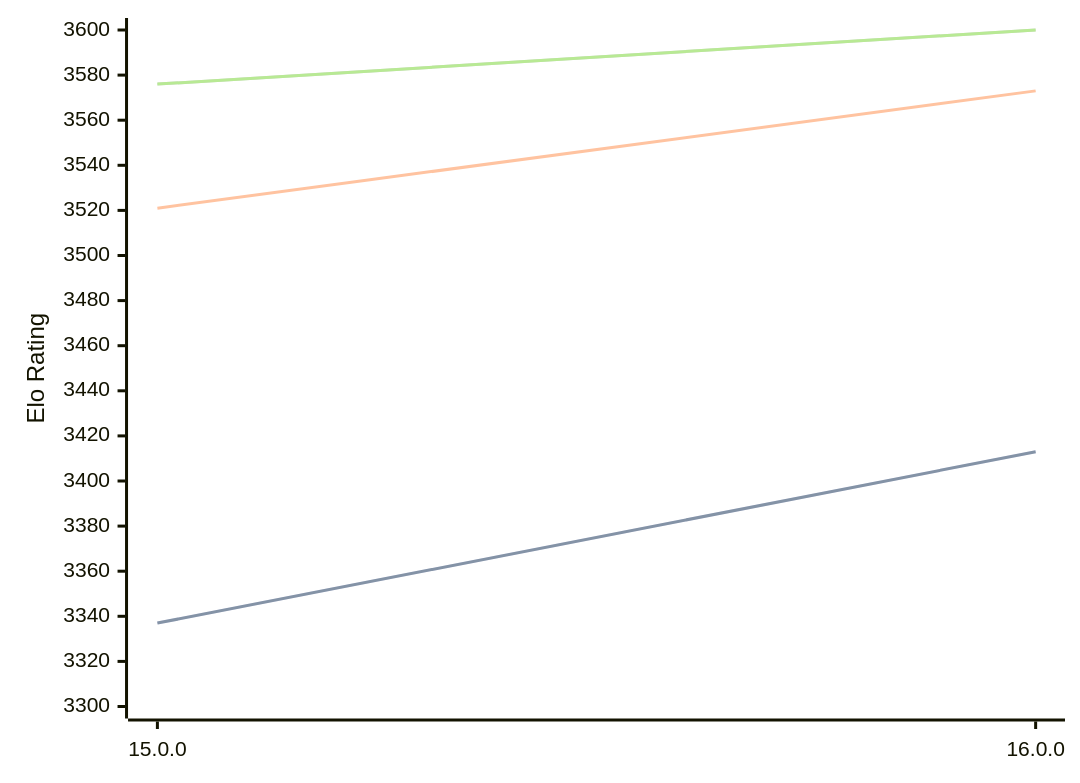
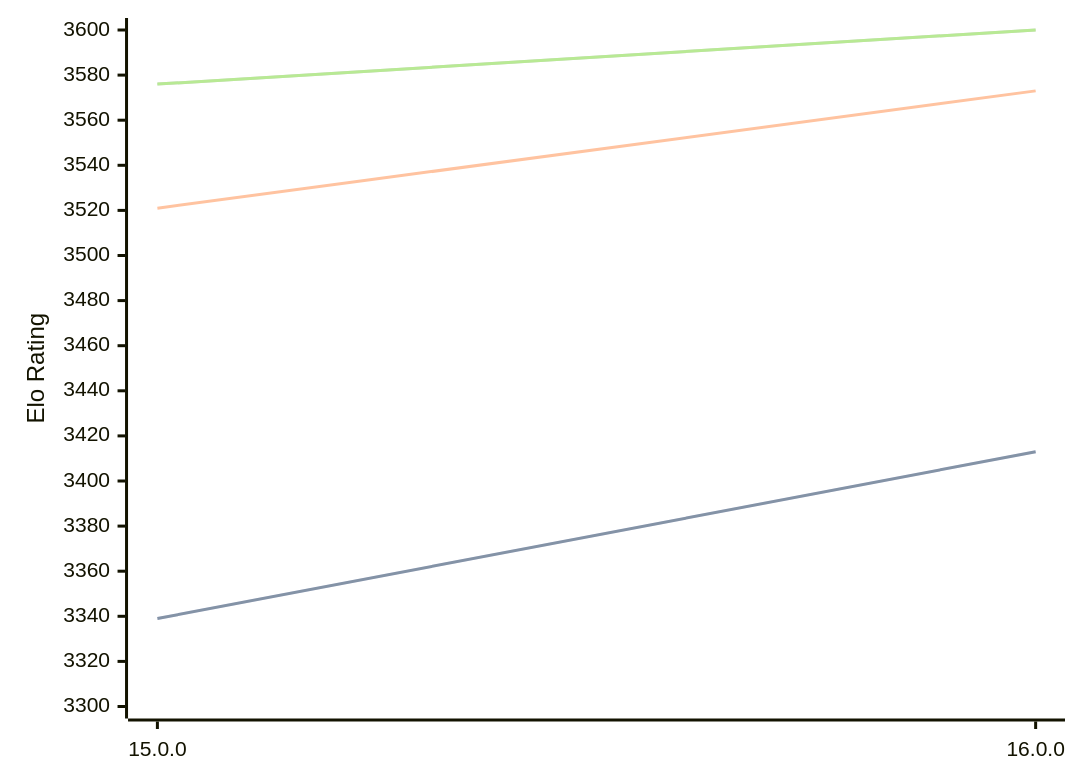
The diagram in engines/Halogen.md (computer-chess-index/cci), drawn with Mermaid before and after one commit. The commit also changed other lines of this file, not shown here.

````diff
--- a/engines/Halogen.md
+++ b/engines/Halogen.md
@@ -50,11 +50,11 @@
 ```mermaid
 %%{init: {"theme":"base","themeVariables":{"seriesColors:['#a3a3a3','#222221','#faa371']}}}%%
 xychart-beta
   x-axis ["15.0.0", "16.0.0"]
   y-axis "Elo Rating" 3300 --> 3600
-  line "STC (8.0+0.08s)" [3337, 3413]
-  line "STC (8.0+0.08s)" [3337, 3413]
+  line "STC (8.0+0.08s)" [3339, 3413]
+  line "STC (8.0+0.08s)" [3339, 3413]
   line "LTC (60.0+0.60s)" [3521, 3573]
   line "VLTC (2m24s+1.12s)" [3576, 3600]
   line "VLTC (2m24s+1.12s)" [3576, 3600]
 ```
````
